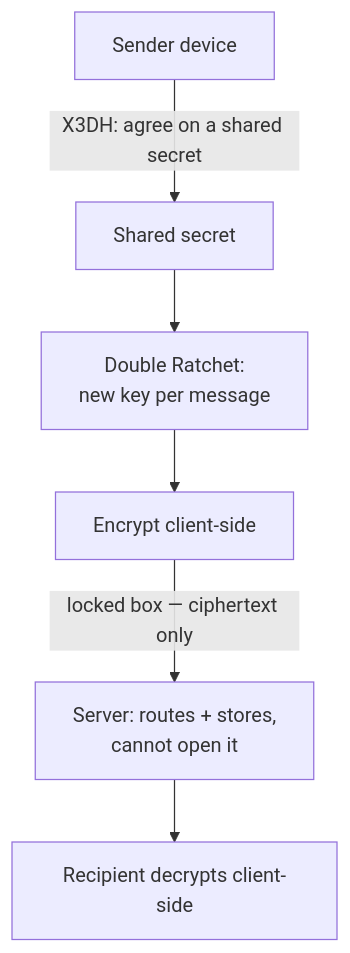
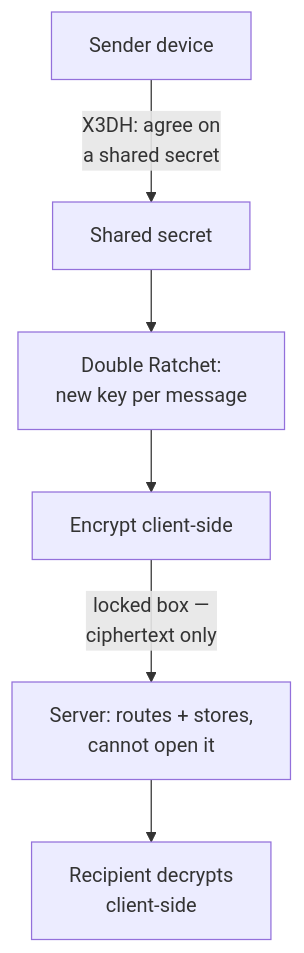
Diagram 14 of 19 in system-design/HLD/0-course/36-WhatsApp-FAANG-Guide-story.md (riyaz-pasha/Learnings), drawn with Mermaid before and after one commit. The commit also changed other lines of this file and 5 other files, not shown here.

Commit message:
[REWRITE] Design Newsfeed story guide: simplify prose, add structure, fix diagrams

````diff
--- a/system-design/HLD/0-course/36-WhatsApp-FAANG-Guide-story.md
+++ b/system-design/HLD/0-course/36-WhatsApp-FAANG-Guide-story.md
@@ -321,8 +648,8 @@
 ```mermaid
 flowchart TD
-    A[Sender device] -->|X3DH: agree on a shared secret| KX[Shared secret]
-    KX --> DR[Double Ratchet:<br/>new key per message]
-    DR --> ENC[Encrypt client-side]
-    ENC -->|"locked box — ciphertext only"| SRV["Server: routes + stores,\ncannot open it"]
-    SRV --> DEC[Recipient decrypts client-side]
+    A["Sender device"] -->|"X3DH: agree on<br/>a shared secret"| KX["Shared secret"]
+    KX --> DR["Double Ratchet:<br/>new key per message"]
+    DR --> ENC["Encrypt client-side"]
+    ENC -->|"locked box —<br/>ciphertext only"| SRV["Server: routes + stores,<br/>cannot open it"]
+    SRV --> DEC["Recipient decrypts<br/>client-side"]
 ```
````
